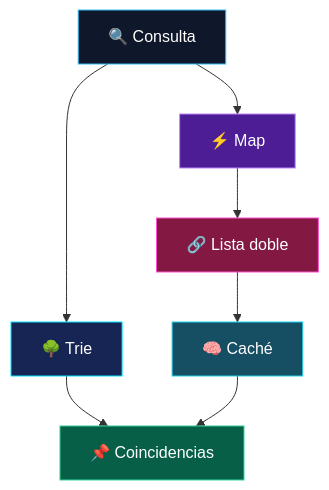
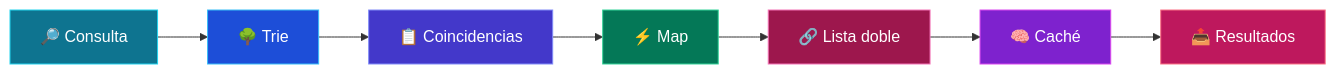
One commit to yimmyangulotorres-ui/POO changed the first of 3 diagrams in README.md. Above: the diagram before and after it, drawn with Mermaid. The commit also changed other lines of this file, not shown here.

````diff
--- a/README.md
+++ b/README.md
@@ -136,16 +127,17 @@
 ```mermaid
-flowchart TD
-    A["🔍 Consulta"] --> B["🌳 Trie"]
-    A --> C["⚡ Map"]
-    C --> D["🔗 Lista doble"]
-    B --> E["📌 Coincidencias"]
-    D --> F["🧠 Caché"]
-    F --> E
+flowchart LR
+    A["🔎 Consulta"] --> B["🌳 Trie"]
+    B --> C["📋 Coincidencias"]
+    C --> D["⚡ Map"]
+    D --> E["🔗 Lista doble"]
+    E --> F["🧠 Caché"]
+    F --> G["📤 Resultados"]
 
-    style A fill:#0F172A,stroke:#38BDF8,color:#FFFFFF
-    style B fill:#172554,stroke:#00E5FF,color:#FFFFFF
-    style C fill:#4C1D95,stroke:#C084FC,color:#FFFFFF
-    style D fill:#831843,stroke:#FF4ECD,color:#FFFFFF
-    style F fill:#164E63,stroke:#22D3EE,color:#FFFFFF
-    style E fill:#065F46,stroke:#34D399,color:#FFFFFF
+    style A fill:#0E7490,stroke:#22D3EE,color:#FFFFFF
+    style B fill:#1D4ED8,stroke:#38BDF8,color:#FFFFFF
+    style C fill:#4338CA,stroke:#818CF8,color:#FFFFFF
+    style D fill:#047857,stroke:#34D399,color:#FFFFFF
+    style E fill:#9D174D,stroke:#F472B6,color:#FFFFFF
+    style F fill:#7E22CE,stroke:#D946EF,color:#FFFFFF
+    style G fill:#BE185D,stroke:#FB7185,color:#FFFFFF
 ```
````
